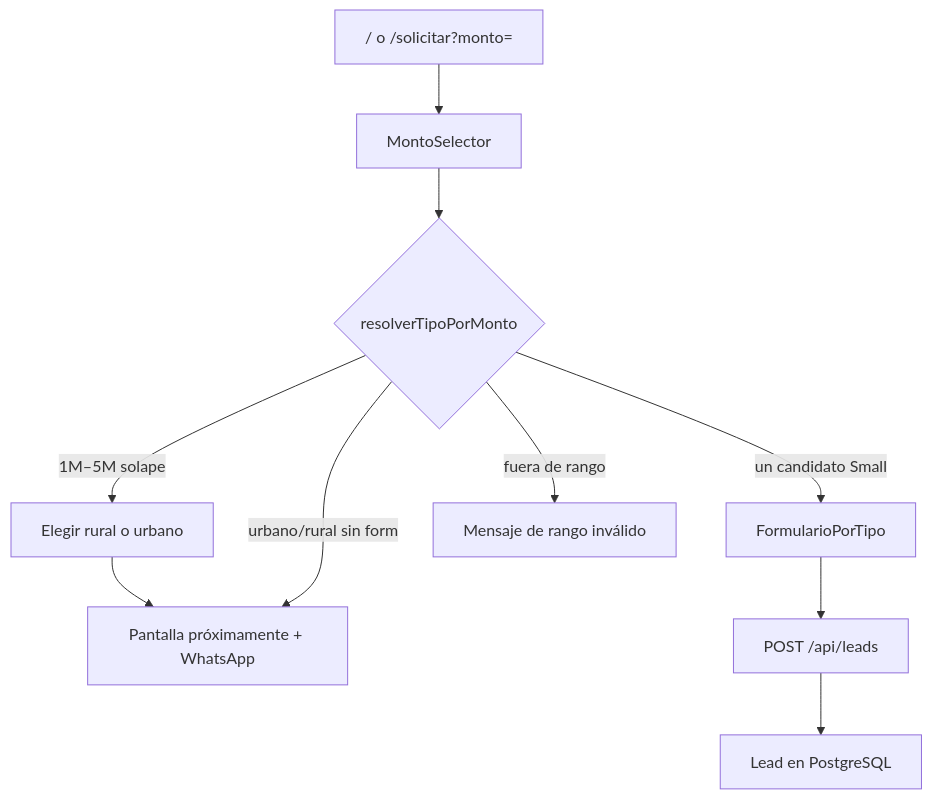
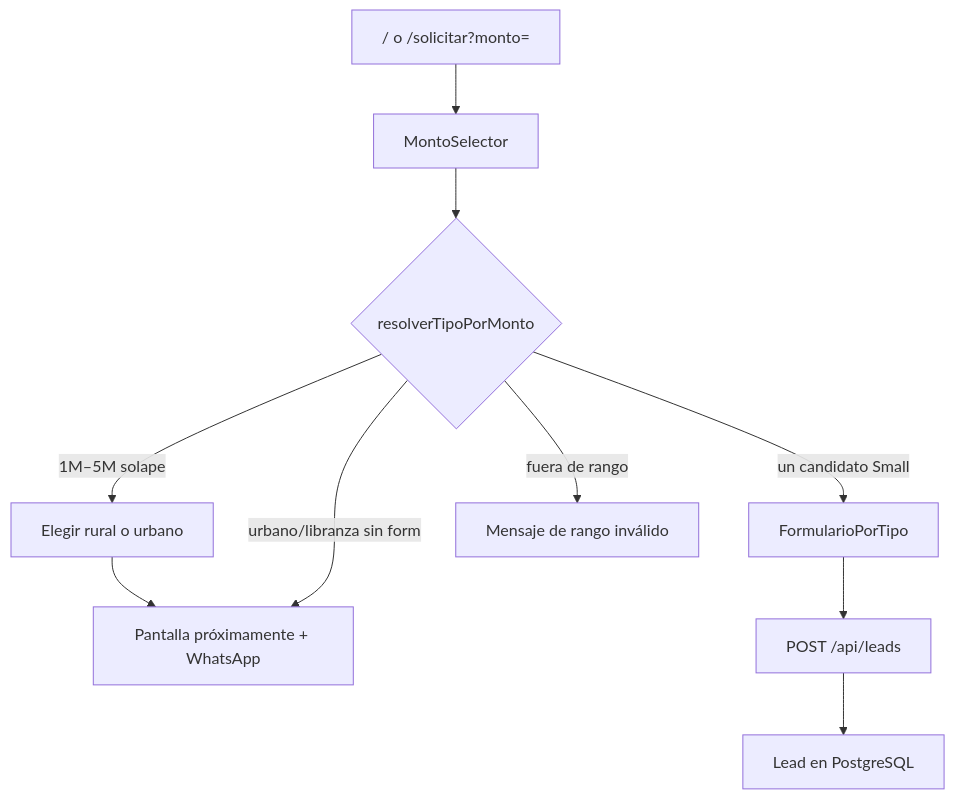
One commit to softwaredelco-code/Landing-Coodelsur changed the diagram in coodelsur-landing/docs/FLUJO_MONTO.md. Above: the diagram before and after it, drawn with Mermaid. The commit also changed other lines of this file and 19 other files, not shown here.

````diff
--- a/coodelsur-landing/docs/FLUJO_MONTO.md
+++ b/coodelsur-landing/docs/FLUJO_MONTO.md
@@ -23,12 +23,12 @@
 ```mermaid
 flowchart TD
   Entrada["/ o /solicitar?monto="] --> Selector["MontoSelector"]
   Selector --> Detect{"resolverTipoPorMonto"}
   Detect -->|un candidato Small| Form["FormularioPorTipo"]
   Detect -->|1M–5M solape| Eleccion["Elegir rural o urbano"]
   Eleccion --> Prox["Pantalla próximamente + WhatsApp"]
-  Detect -->|urbano/rural sin form| Prox
+  Detect -->|urbano/libranza sin form| Prox
   Detect -->|fuera de rango| ErrorUi["Mensaje de rango inválido"]
   Form --> Api["POST /api/leads"]
   Api --> Store["Lead en PostgreSQL"]
 ```
````
